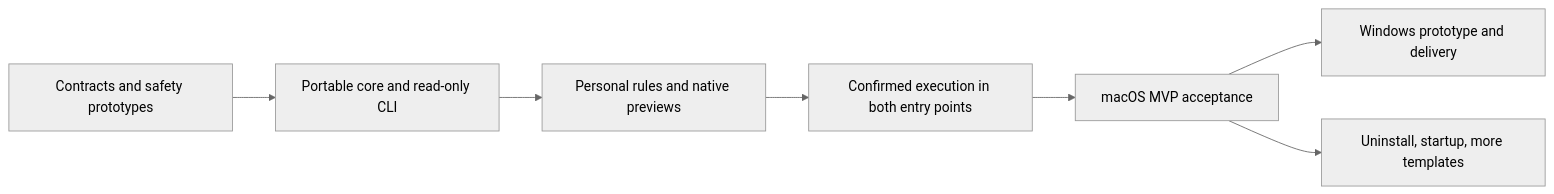
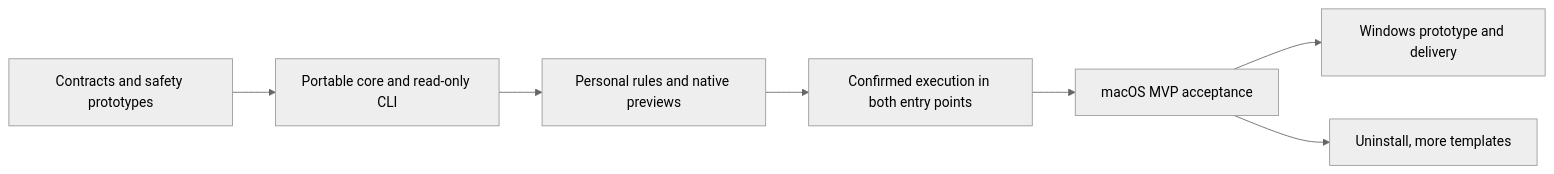
Before and after one commit to limecloud/shou: the diagram in docs/engineering/implementation-plan.md, drawn with Mermaid (neutral theme). The commit also changed other lines of this file and 93 other files, not shown here.

````diff
--- a/docs/engineering/implementation-plan.md
+++ b/docs/engineering/implementation-plan.md
@@ -26,9 +26,9 @@
 ```mermaid
 flowchart LR
     M0[Contracts and safety prototypes] --> M1[Portable core and read-only CLI]
     M1 --> M2[Personal rules and native previews]
     M2 --> M3[Confirmed execution in both entry points]
     M3 --> M4[macOS MVP acceptance]
     M4 --> M5[Windows prototype and delivery]
-    M4 --> Later[Uninstall, startup, more templates]
+    M4 --> Later[Uninstall, more templates]
 ```
````
